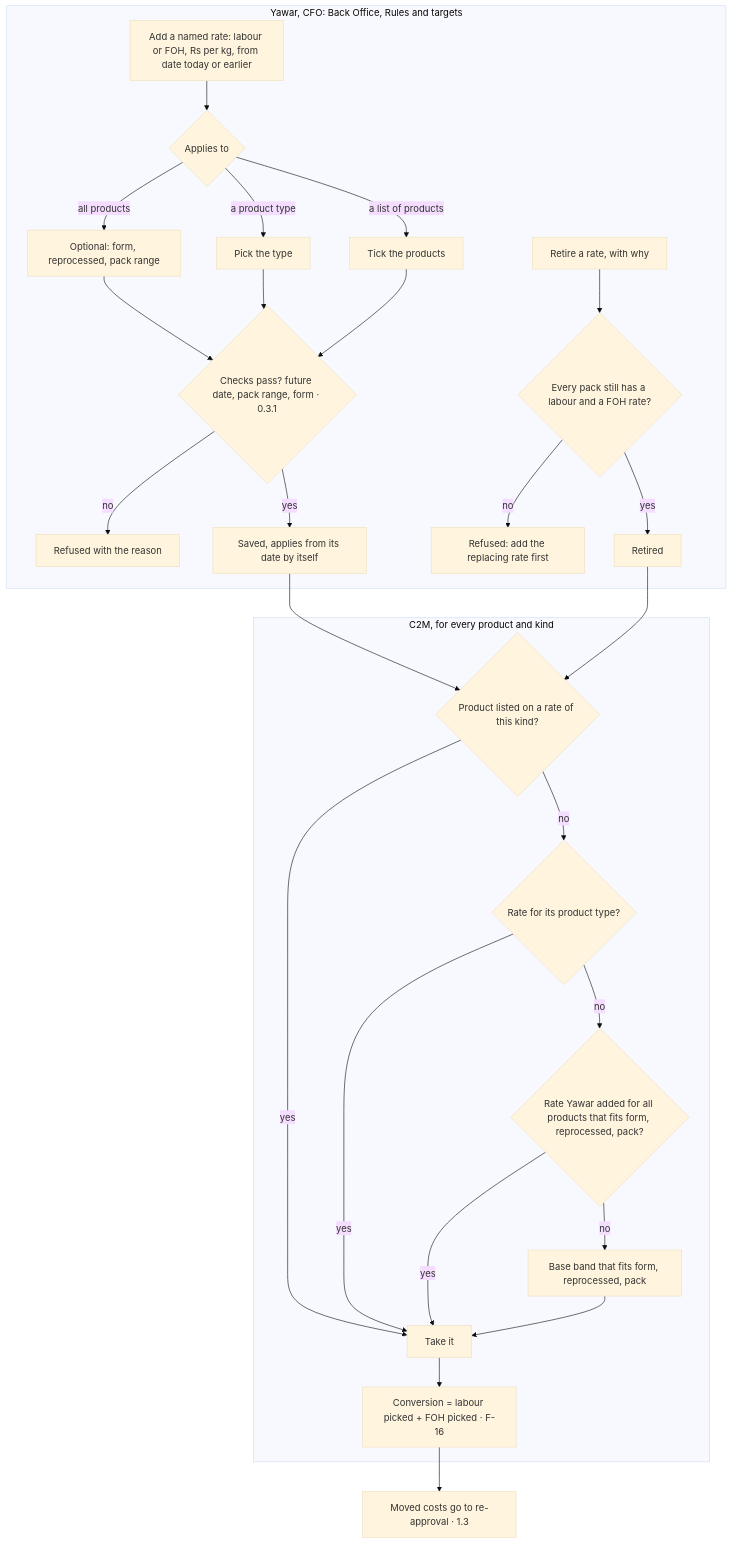
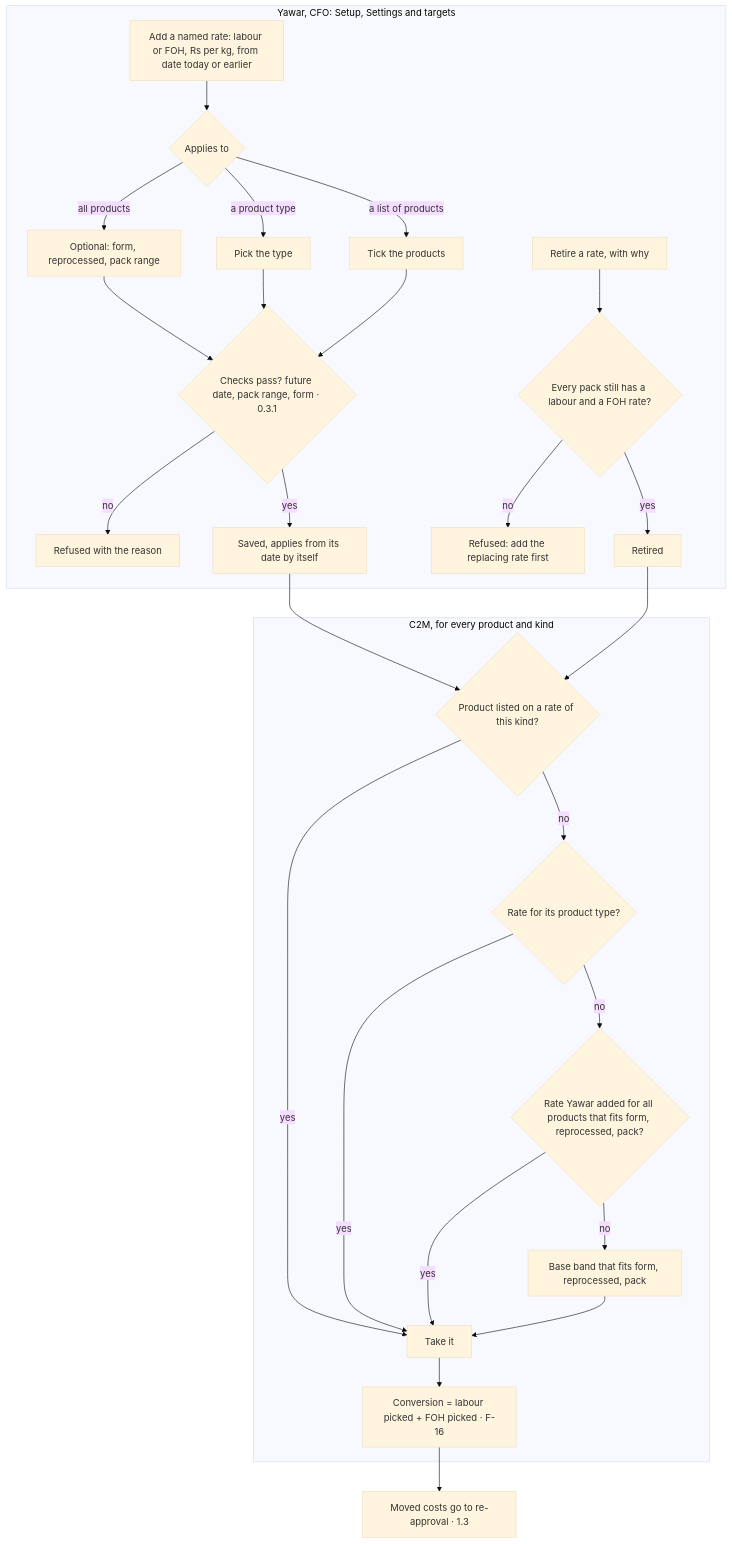
One commit to taabbas1947-eng/VAN-OP changed the fourth of 10 diagrams in apps/c2m/docs/01-process-flows.md. Above: the diagram before and after it, drawn with Mermaid (base theme). The commit also changed other lines of this file and 13 other files, not shown here.

````diff
--- a/apps/c2m/docs/01-process-flows.md
+++ b/apps/c2m/docs/01-process-flows.md
@@ -102,27 +103,27 @@
 ```mermaid
 flowchart TB
-  subgraph CFO [Yawar, CFO: Back Office, Rules and targets]
+  subgraph CFO [Yawar, CFO: Setup, Settings and targets]
     A[Add a named rate: labour or FOH, Rs per kg, from date today or earlier] --> B{Applies to}
     B -- all products --> B1[Optional: form, reprocessed, pack range]
     B -- a product type --> B2[Pick the type]
     B -- a list of products --> B3[Tick the products]
     B1 --> C{Checks pass? future date, pack range, form · 0.3.1}
     B2 --> C
     B3 --> C
     C -- no --> X[Refused with the reason]
     C -- yes --> D[Saved, applies from its date by itself]
     R[Retire a rate, with why] --> R1{Every pack still has a labour and a FOH rate?}
     R1 -- no --> X2[Refused: add the replacing rate first]
     R1 -- yes --> R2[Retired]
   end
   subgraph C2M [C2M, for every product and kind]
     P1{Product listed on a rate of this kind?} -- yes --> W[Take it]
     P1 -- no --> P2{Rate for its product type?} -- yes --> W
     P2 -- no --> P3{Rate Yawar added for all products that fits form, reprocessed, pack?} -- yes --> W
     P3 -- no --> P4[Base band that fits form, reprocessed, pack] --> W
     W --> SUM[Conversion = labour picked + FOH picked · F-16]
   end
   D --> P1
   R2 --> P1
   SUM --> RA[Moved costs go to re-approval · 1.3]
 ```
````
